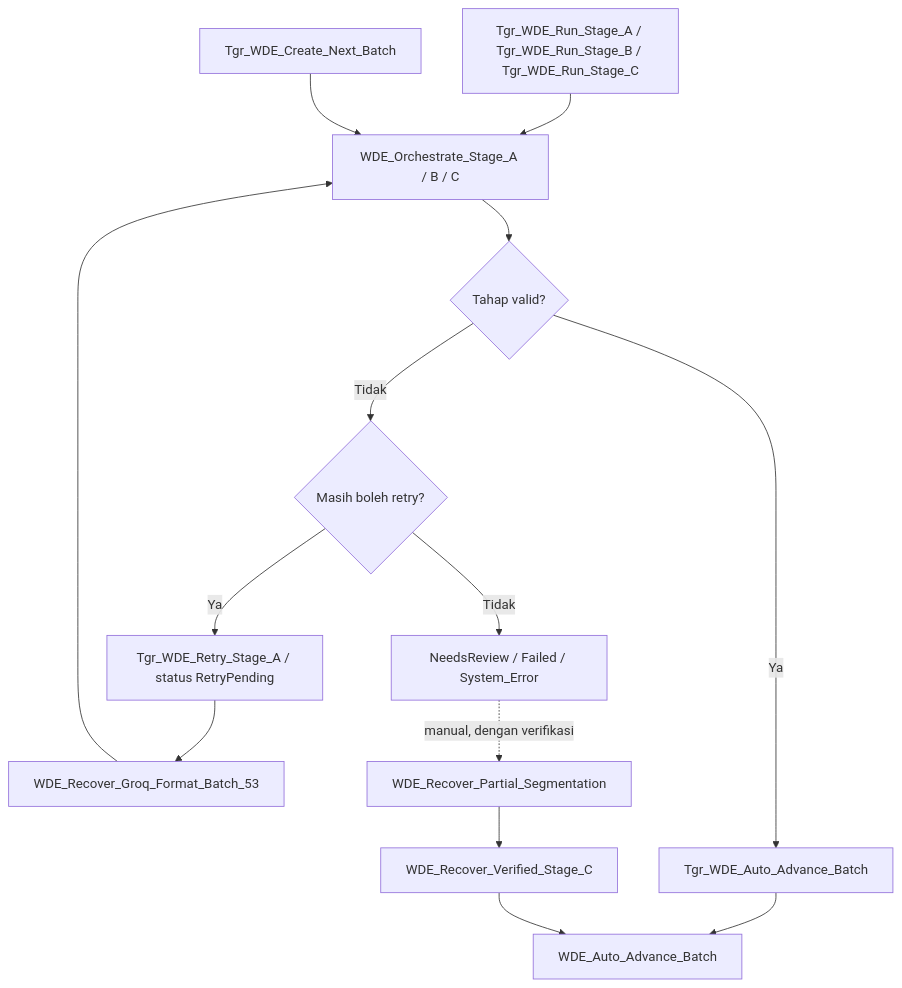
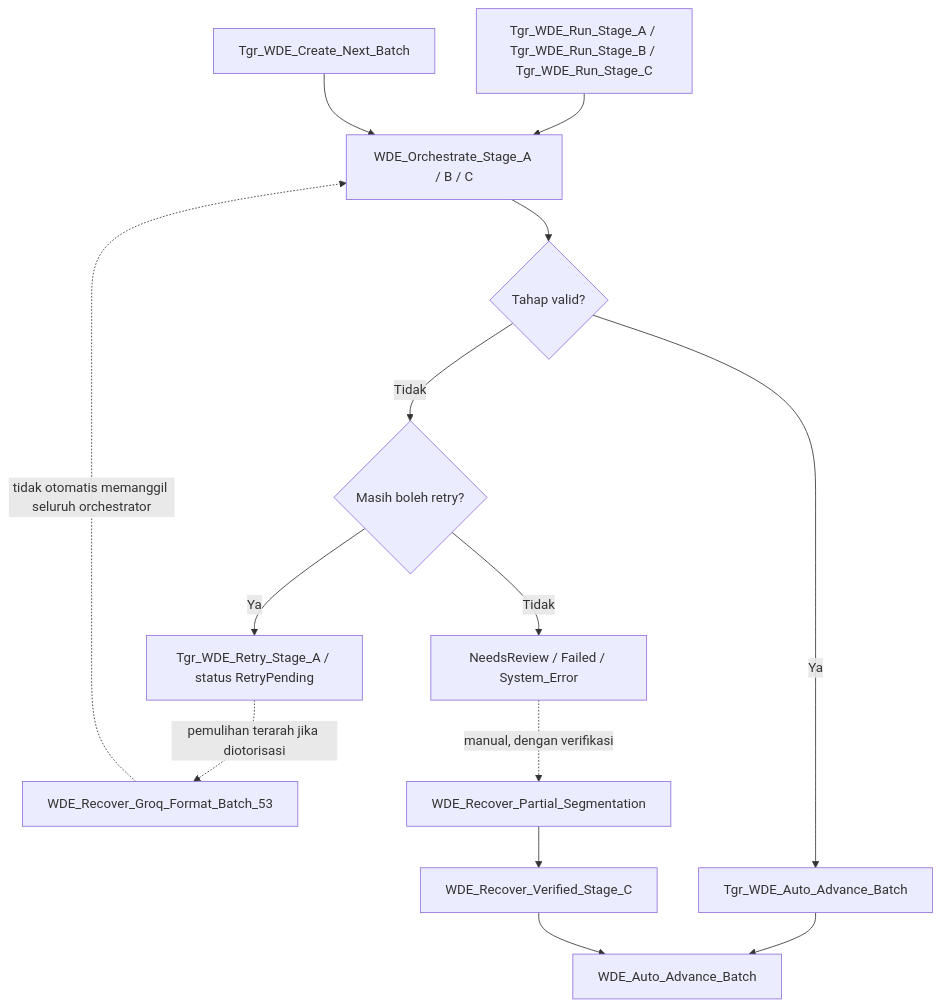
The sixth of 28 diagrams in SADD-WDE.md (jimmytobing/Syntetic-Wisdom), drawn with Mermaid before and after one commit. The commit also changed other lines of this file, not shown here.

Commit message:
docs(wde): clarify async Flow XML status and non-automatic process links

````diff
--- a/SADD-WDE.md
+++ b/SADD-WDE.md
@@ -127,16 +127,16 @@
 ```mermaid
 flowchart TD
   START["Tgr_WDE_Run_Stage_A / Tgr_WDE_Run_Stage_B / Tgr_WDE_Run_Stage_C"] --> ORCH["WDE_Orchestrate_Stage_A / B / C"]
   ORCH --> VALID{"Tahap valid?"}
   VALID -- "Ya" --> AUTO["Tgr_WDE_Auto_Advance_Batch"]
   AUTO --> ADV["WDE_Auto_Advance_Batch"]
   VALID -- "Tidak" --> POLICY{"Masih boleh retry?"}
   POLICY -- "Ya" --> DELAY["Tgr_WDE_Retry_Stage_A / status RetryPending"]
   POLICY -- "Tidak" --> REVIEW["NeedsReview / Failed / System_Error"]
-  DELAY --> RECOVER["WDE_Recover_Groq_Format_Batch_53"]
-  RECOVER --> ORCH
+  DELAY -. "pemulihan terarah jika diotorisasi" .-> RECOVER["WDE_Recover_Groq_Format_Batch_53"]
+  RECOVER -. "tidak otomatis memanggil seluruh orchestrator" .-> ORCH
   REVIEW -. "manual, dengan verifikasi" .-> PART["WDE_Recover_Partial_Segmentation"]
   PART --> STAGEC["WDE_Recover_Verified_Stage_C"]
   STAGEC --> ADV
   CREATE["Tgr_WDE_Create_Next_Batch"] --> ORCH
 ```
````
